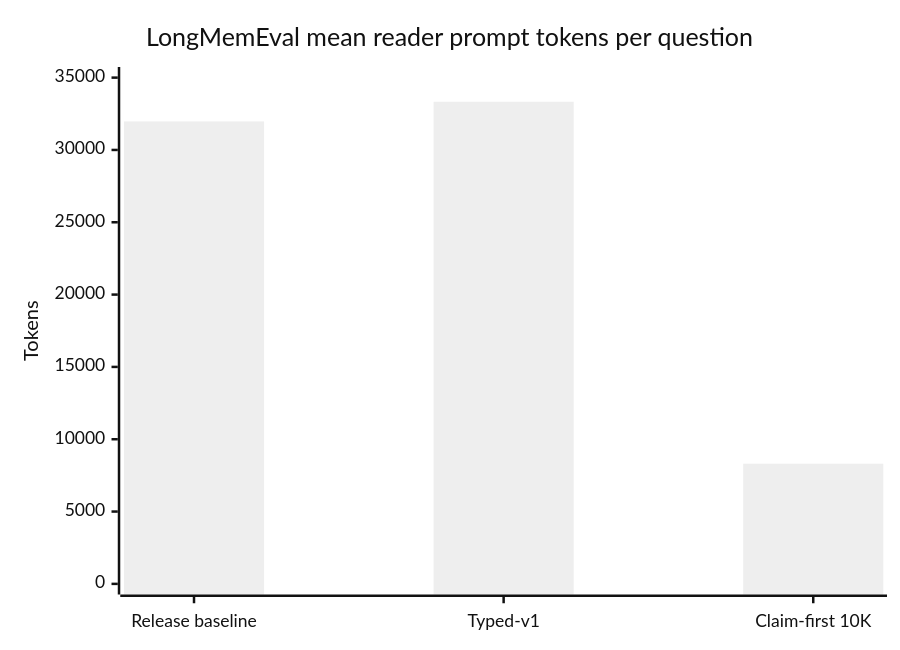
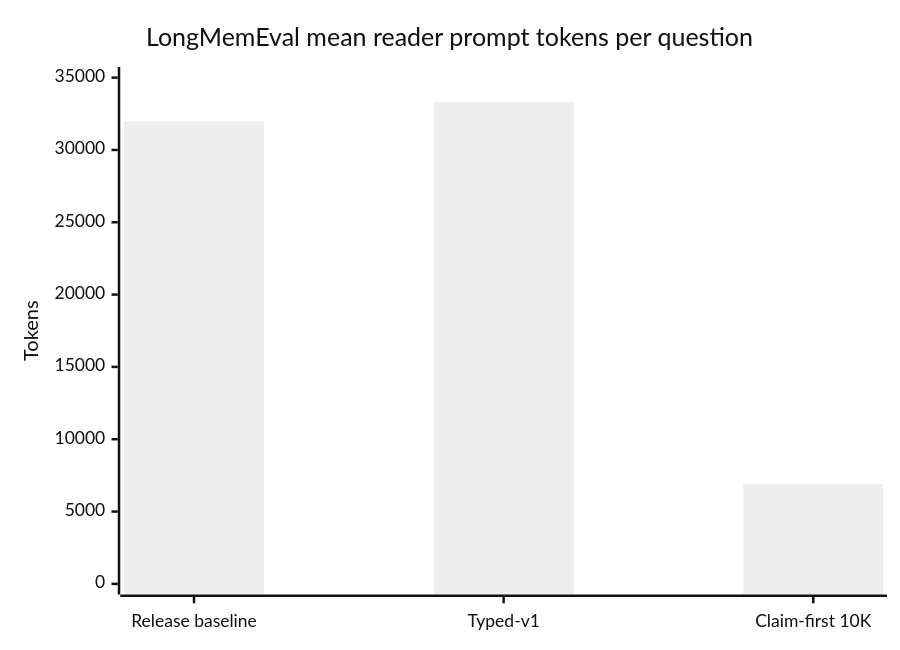
Before and after one commit to csshlok/CML: the first of 3 diagrams in BENCHMARK.md, drawn with Mermaid (neutral theme). The commit also changed other lines of this file and 2 other files, not shown here.

````diff
--- a/BENCHMARK.md
+++ b/BENCHMARK.md
@@ -85,7 +79,7 @@
 ```mermaid
 xychart-beta
     title "LongMemEval mean reader prompt tokens per question"
     x-axis ["Release baseline", "Typed-v1", "Claim-first 10K"]
     y-axis "Tokens" 0 --> 35000
-    bar [31972, 33332, 8307]
+    bar [31972, 33332, 6922]
 ```
````
